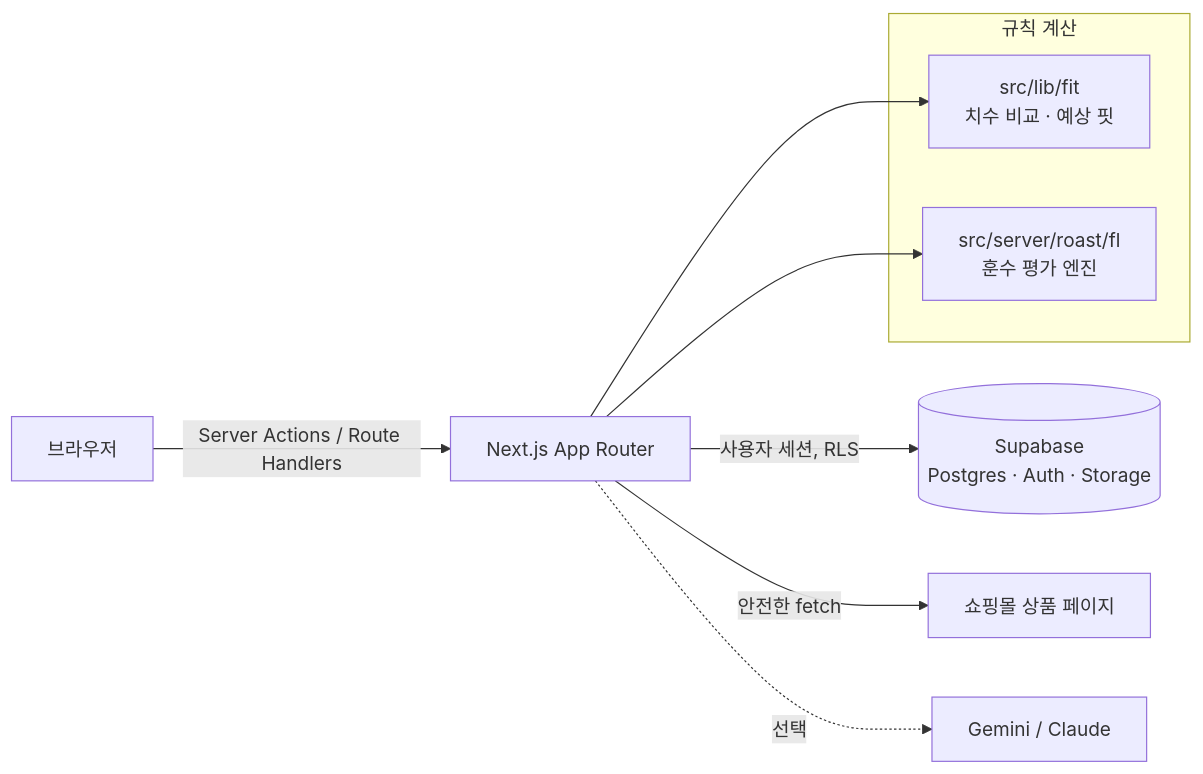
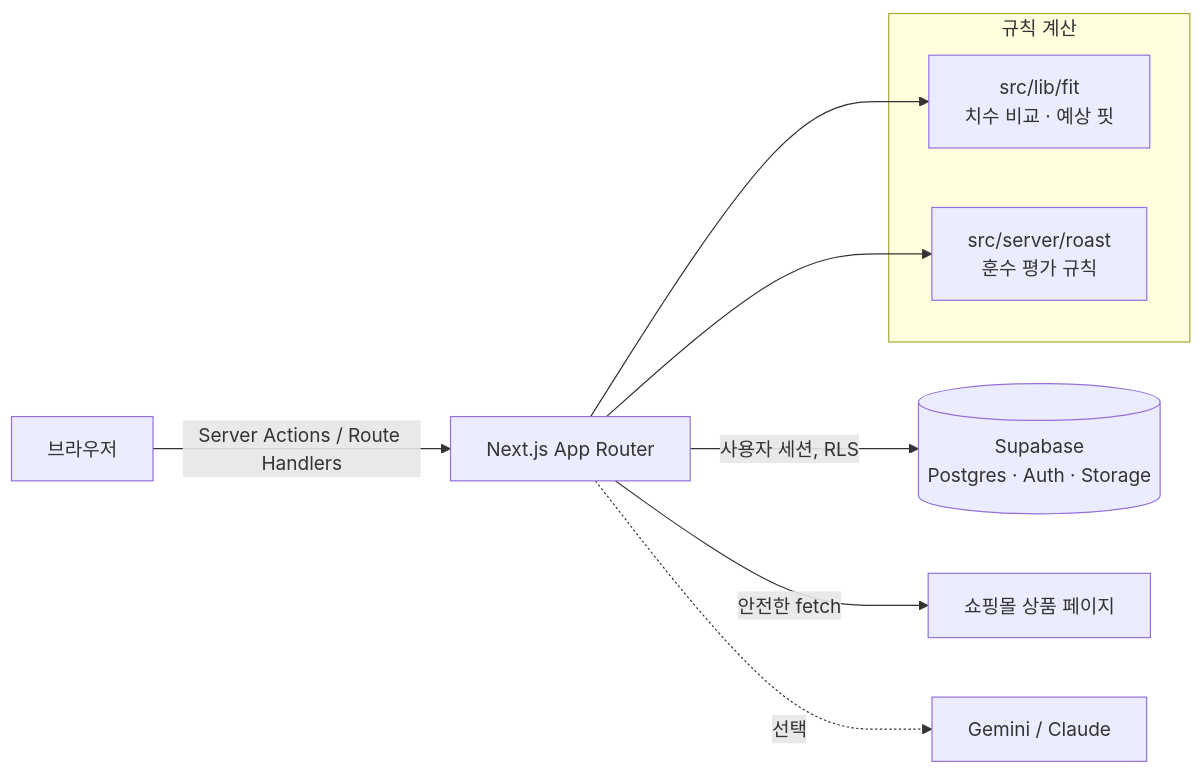
One commit to idcmyidok/wardrobe-fit changed the diagram in README.md. Above: the diagram before and after it, drawn with Mermaid. The commit also changed other lines of this file, not shown here.

````diff
--- a/README.md
+++ b/README.md
@@ -68,13 +68,13 @@
 ```mermaid
 flowchart LR
   B[브라우저] -->|Server Actions / Route Handlers| N[Next.js App Router]
   N -->|사용자 세션, RLS| S[(Supabase<br/>Postgres · Auth · Storage)]
   N -->|안전한 fetch| P[쇼핑몰 상품 페이지]
   N -.->|선택| A[Gemini / Claude]
   subgraph 규칙 계산
     F[src/lib/fit<br/>치수 비교 · 예상 핏]
-    R[src/server/roast/fl<br/>훈수 평가 엔진]
+    R[src/server/roast<br/>훈수 평가 규칙]
   end
   N --> F
   N --> R
 ```
````
